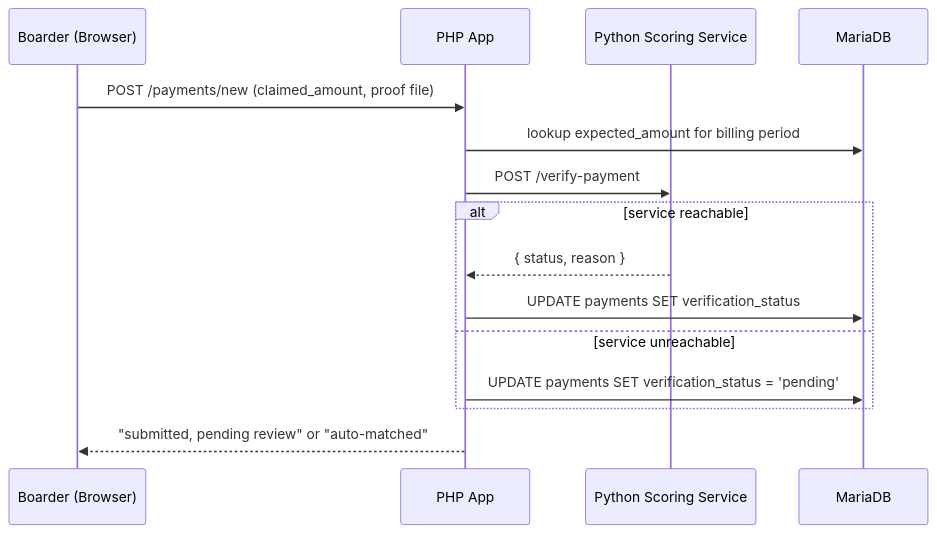
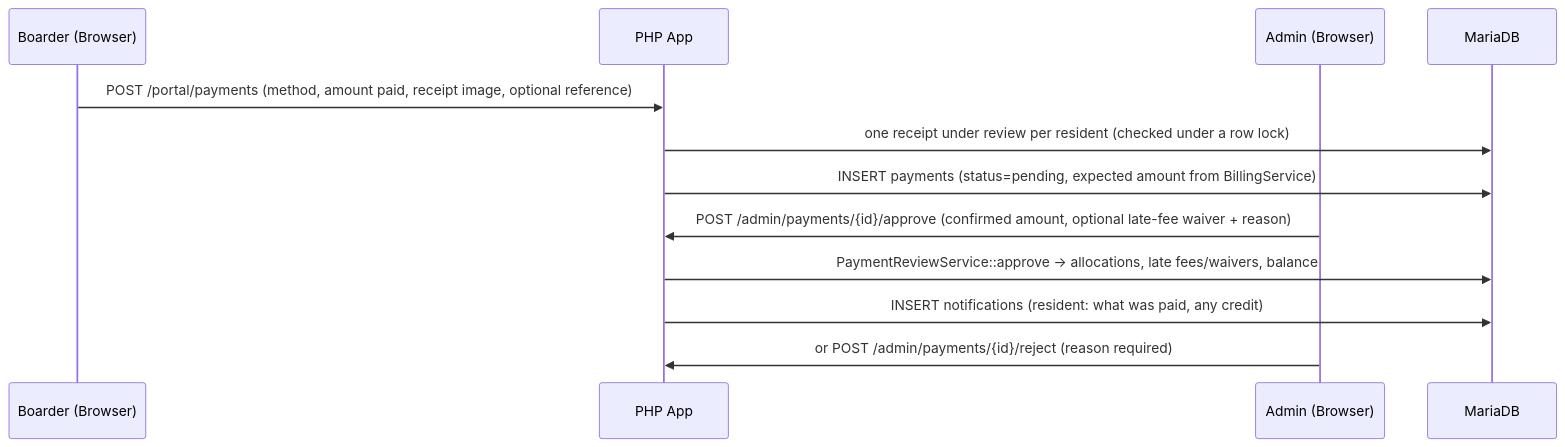
One commit to Kierbz123/rjm-boardinghouse-system changed the fourth of 7 diagrams in claude-code-project-files/ARCHITECTURE.md. Above: the diagram before and after it, drawn with Mermaid. The commit also changed other lines of this file and 107 other files, not shown here.

````diff
--- a/claude-code-project-files/ARCHITECTURE.md
+++ b/claude-code-project-files/ARCHITECTURE.md
@@ -150,17 +119,14 @@
 ```mermaid
 sequenceDiagram
     participant B as Boarder (Browser)
     participant P as PHP App
-    participant S as Python Scoring Service
+    participant A as Admin (Browser)
     participant D as MariaDB
-    B->>P: POST /payments/new (claimed_amount, proof file)
-    P->>D: lookup expected_amount for billing period
-    P->>S: POST /verify-payment
-    alt service reachable
-        S-->>P: { status, reason }
-        P->>D: UPDATE payments SET verification_status
-    else service unreachable
-        P->>D: UPDATE payments SET verification_status = 'pending'
-    end
-    P-->>B: "submitted, pending review" or "auto-matched"
+    B->>P: POST /portal/payments (method, amount paid, receipt image, optional reference)
+    P->>D: one receipt under review per resident (checked under a row lock)
+    P->>D: INSERT payments (status=pending, expected amount from BillingService)
+    A->>P: POST /admin/payments/{id}/approve (confirmed amount, optional late-fee waiver + reason)
+    P->>D: PaymentReviewService::approve → allocations, late fees/waivers, balance
+    P->>D: INSERT notifications (resident: what was paid, any credit)
+    A->>P: or POST /admin/payments/{id}/reject (reason required)
 ```
````
